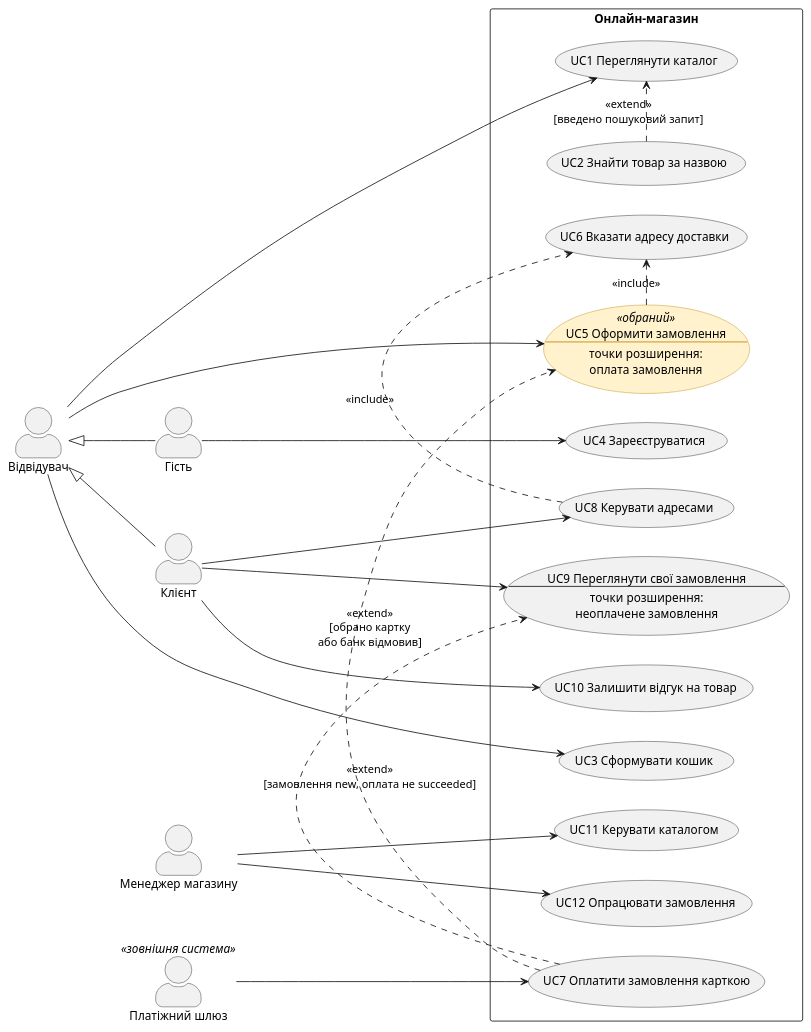
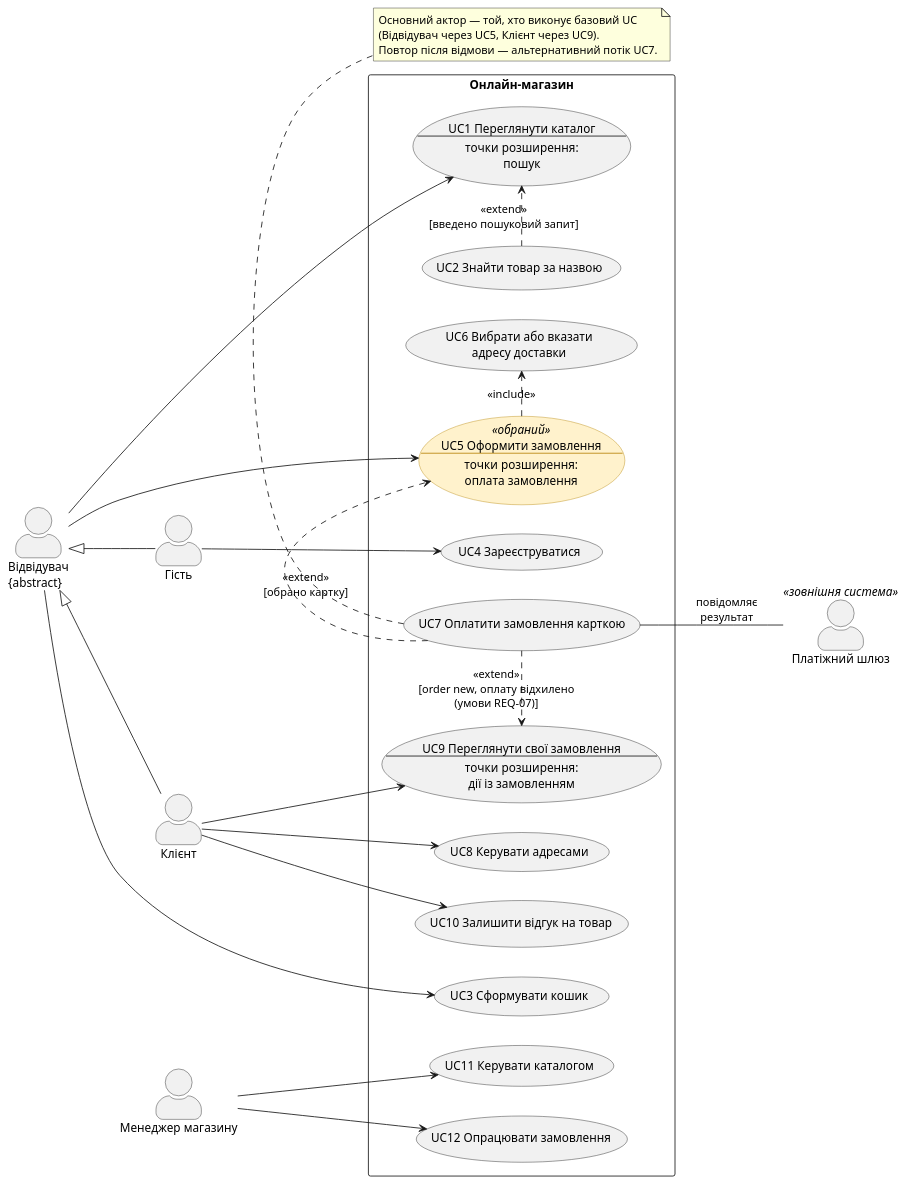
Before and after one commit to piximeow/KPI: the diagram in lab2/diagrams/uc-diagram.puml, drawn with PlantUML. The commit also changed 3 other files, not shown here.

```diff
--- a/lab2/diagrams/uc-diagram.puml
+++ b/lab2/diagrams/uc-diagram.puml
@@ -1,54 +1,59 @@
 @startuml uc-diagram
 ' UC-діаграма «Онлайн-магазин» (lab2). Джерело правди: ../use-cases.md
 left to right direction
 skinparam packageStyle rectangle
 skinparam actorStyle awesome
 skinparam usecase {
   BackgroundColor<<обраний>> #FFF2CC
   BorderColor<<обраний>> #B8860B
 }
 
-actor "Відвідувач" as Visitor
+actor "Відвідувач\n{abstract}" as Visitor
 actor "Гість" as Guest
 actor "Клієнт" as Client
 actor "Менеджер магазину" as Manager
 actor "Платіжний шлюз" as Gateway <<зовнішня система>>
 
-' узагальнення акторів: Гість і Клієнт — різновиди Відвідувача
+' узагальнення акторів: Гість і Клієнт — різновиди абстрактного Відвідувача
 Visitor <|-- Guest
 Visitor <|-- Client
 
 rectangle "Онлайн-магазин" {
-  usecase "UC1 Переглянути каталог" as UC1
+  usecase "UC1 Переглянути каталог\n--\nточки розширення:\nпошук" as UC1
   usecase "UC2 Знайти товар за назвою" as UC2
   usecase "UC3 Сформувати кошик" as UC3
   usecase "UC4 Зареєструватися" as UC4
   usecase "UC5 Оформити замовлення\n--\nточки розширення:\nоплата замовлення" as UC5 <<обраний>>
-  usecase "UC6 Вказати адресу доставки" as UC6
+  usecase "UC6 Вибрати або вказати\nадресу доставки" as UC6
   usecase "UC7 Оплатити замовлення карткою" as UC7
   usecase "UC8 Керувати адресами" as UC8
-  usecase "UC9 Переглянути свої замовлення\n--\nточки розширення:\nнеоплачене замовлення" as UC9
+  usecase "UC9 Переглянути свої замовлення\n--\nточки розширення:\nдії із замовленням" as UC9
   usecase "UC10 Залишити відгук на товар" as UC10
   usecase "UC11 Керувати каталогом" as UC11
   usecase "UC12 Опрацювати замовлення" as UC12
 }
 
 Visitor --> UC1
 Visitor --> UC3
 Visitor --> UC5
 Guest --> UC4
 Client --> UC8
 Client --> UC9
 Client --> UC10
 Manager --> UC11
 Manager --> UC12
 
 UC2 .> UC1 : <<extend>>\n[введено пошуковий запит]
 UC5 .> UC6 : <<include>>
-UC8 .> UC6 : <<include>>
-UC7 .> UC5 : <<extend>>\n[обрано картку\nабо банк відмовив]
-UC7 .> UC9 : <<extend>>\n[замовлення new, оплата не succeeded]
+UC7 .> UC5 : <<extend>>\n[обрано картку]
+UC7 .> UC9 : <<extend>>\n[order new, оплату відхилено\n(умови REQ-07)]
 
-' шлюз ініціює повідомлення про результат оплати
-Gateway --> UC7
+' шлюз — другорядний актор UC7: сам ініціює повідомлення про результат
+UC7 -- Gateway : повідомляє\nрезультат
+
+note bottom of UC7
+  Основний актор — той, хто виконує базовий UC
+  (Відвідувач через UC5, Клієнт через UC9).
+  Повтор після відмови — альтернативний потік UC7.
+end note
 @enduml
```
